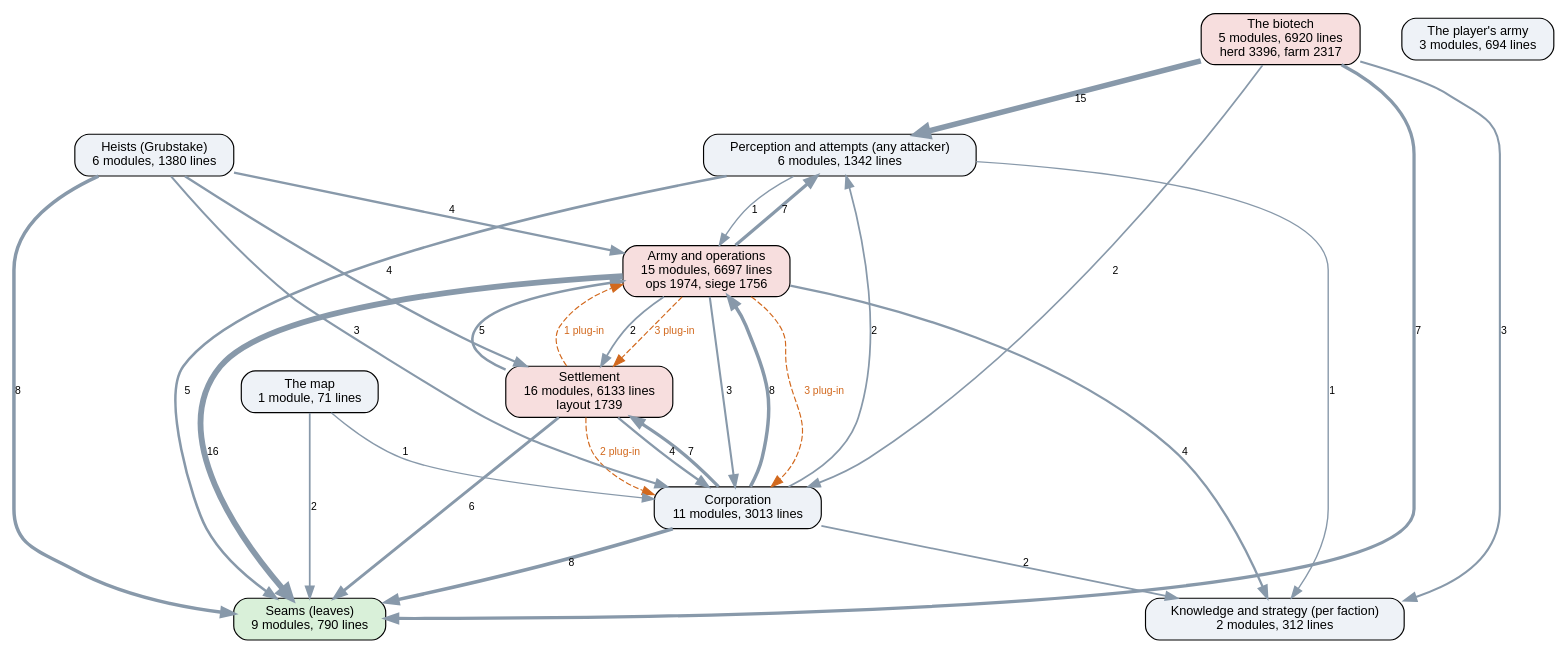
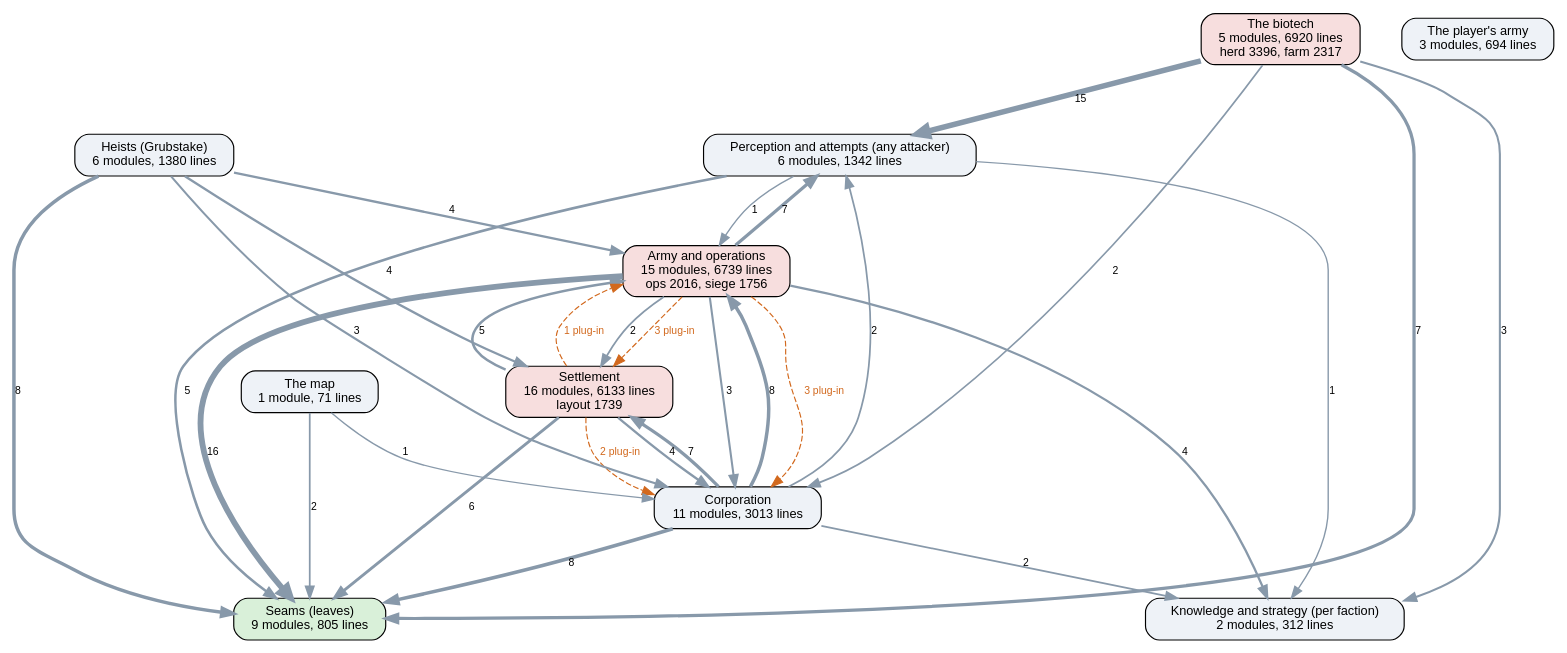
The diagram in docs/ai-layers.dot (kinelhu/landing-party), drawn with Graphviz before and after one commit. The commit also changed 10 other files, not shown here.

```diff
--- a/docs/ai-layers.dot
+++ b/docs/ai-layers.dot
@@ -1,45 +1,45 @@
 digraph layers {
   graph [rankdir=TB, fontname="Helvetica", nodesep=0.5, ranksep=0.7];
   node [shape=box, style="rounded,filled", fontname="Helvetica", fontsize=11, fillcolor="#eef2f7"];
   edge [color="#8899aa", fontname="Helvetica", fontsize=9];
-  "Seams (leaves)" [label="Seams (leaves)\n9 modules, 790 lines", fillcolor="#d9f0d9"];
+  "Seams (leaves)" [label="Seams (leaves)\n9 modules, 805 lines", fillcolor="#d9f0d9"];
   "Perception and attempts (any attacker)" [label="Perception and attempts (any attacker)\n6 modules, 1342 lines", fillcolor="#eef2f7"];
   "Knowledge and strategy (per faction)" [label="Knowledge and strategy (per faction)\n2 modules, 312 lines", fillcolor="#eef2f7"];
   "Corporation" [label="Corporation\n11 modules, 3013 lines", fillcolor="#eef2f7"];
   "Settlement" [label="Settlement\n16 modules, 6133 lines\nlayout 1739", fillcolor="#f7dede"];
-  "Army and operations" [label="Army and operations\n15 modules, 6697 lines\nops 1974, siege 1756", fillcolor="#f7dede"];
+  "Army and operations" [label="Army and operations\n15 modules, 6739 lines\nops 2016, siege 1756", fillcolor="#f7dede"];
   "Heists (Grubstake)" [label="Heists (Grubstake)\n6 modules, 1380 lines", fillcolor="#eef2f7"];
   "The biotech" [label="The biotech\n5 modules, 6920 lines\nherd 3396, farm 2317", fillcolor="#f7dede"];
   "The map" [label="The map\n1 module, 71 lines", fillcolor="#eef2f7"];
   "The player's army" [label="The player's army\n3 modules, 694 lines", fillcolor="#eef2f7"];
   "Army and operations" -> "Corporation" [label="3", penwidth=1.8];
   "Army and operations" -> "Knowledge and strategy (per faction)" [label="4", penwidth=2.0];
   "Army and operations" -> "Perception and attempts (any attacker)" [label="7", penwidth=2.8];
   "Army and operations" -> "Seams (leaves)" [label="16", penwidth=5.0];
   "Army and operations" -> "Settlement" [label="2", penwidth=1.5];
   "Corporation" -> "Army and operations" [label="8", penwidth=3.0];
   "Corporation" -> "Knowledge and strategy (per faction)" [label="2", penwidth=1.5];
   "Corporation" -> "Perception and attempts (any attacker)" [label="2", penwidth=1.5];
   "Corporation" -> "Seams (leaves)" [label="8", penwidth=3.0];
   "Corporation" -> "Settlement" [label="7", penwidth=2.8];
   "Heists (Grubstake)" -> "Army and operations" [label="4", penwidth=2.0];
   "Heists (Grubstake)" -> "Corporation" [label="3", penwidth=1.8];
   "Heists (Grubstake)" -> "Seams (leaves)" [label="8", penwidth=3.0];
   "Heists (Grubstake)" -> "Settlement" [label="4", penwidth=2.0];
   "Perception and attempts (any attacker)" -> "Army and operations" [label="1", penwidth=1.2];
   "Perception and attempts (any attacker)" -> "Knowledge and strategy (per faction)" [label="1", penwidth=1.2];
   "Perception and attempts (any attacker)" -> "Seams (leaves)" [label="5", penwidth=2.2];
   "Settlement" -> "Army and operations" [label="5", penwidth=2.2];
   "Settlement" -> "Corporation" [label="4", penwidth=2.0];
   "Settlement" -> "Seams (leaves)" [label="6", penwidth=2.5];
   "The biotech" -> "Corporation" [label="2", penwidth=1.5];
   "The biotech" -> "Knowledge and strategy (per faction)" [label="3", penwidth=1.8];
   "The biotech" -> "Perception and attempts (any attacker)" [label="15", penwidth=4.8];
   "The biotech" -> "Seams (leaves)" [label="7", penwidth=2.8];
   "The map" -> "Corporation" [label="1", penwidth=1.2];
   "The map" -> "Seams (leaves)" [label="2", penwidth=1.5];
   "Army and operations" -> "Corporation" [style=dashed, color="#d2691e", fontcolor="#d2691e", label="3 plug-in"];
   "Army and operations" -> "Settlement" [style=dashed, color="#d2691e", fontcolor="#d2691e", label="3 plug-in"];
   "Settlement" -> "Army and operations" [style=dashed, color="#d2691e", fontcolor="#d2691e", label="1 plug-in"];
   "Settlement" -> "Corporation" [style=dashed, color="#d2691e", fontcolor="#d2691e", label="2 plug-in"];
 }
```
